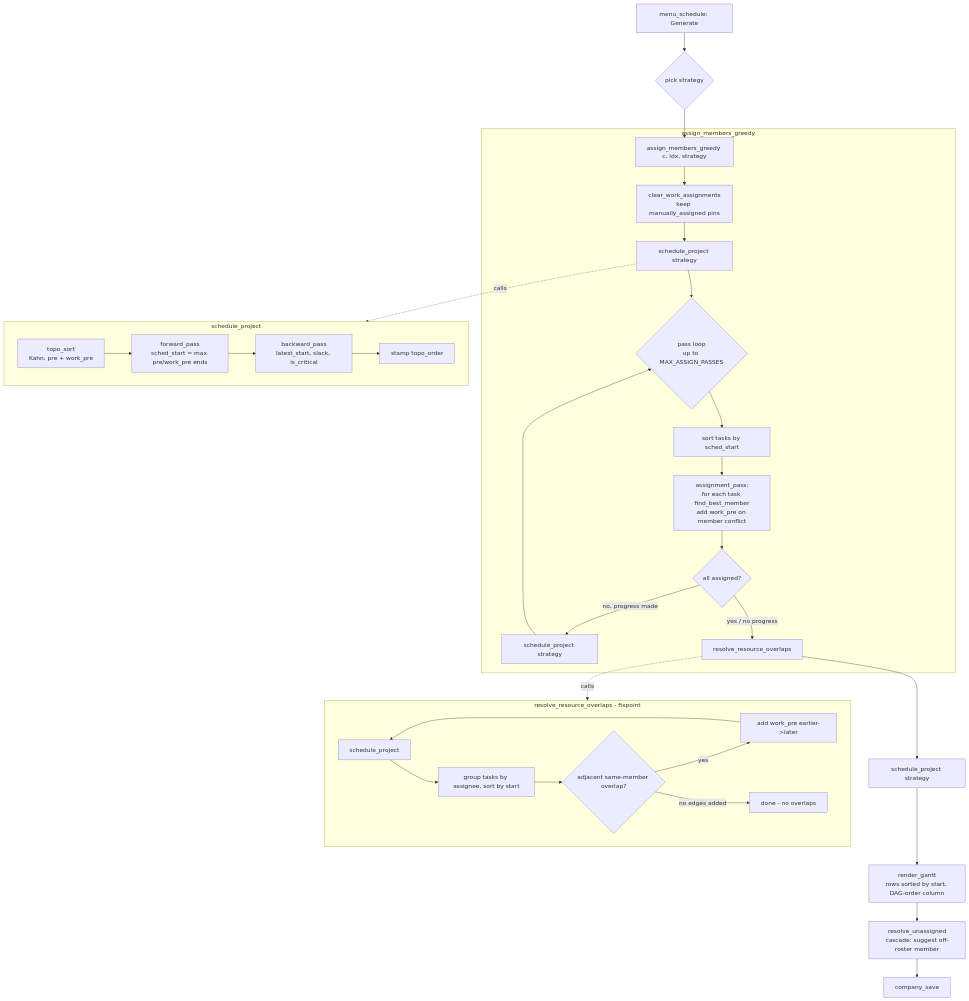
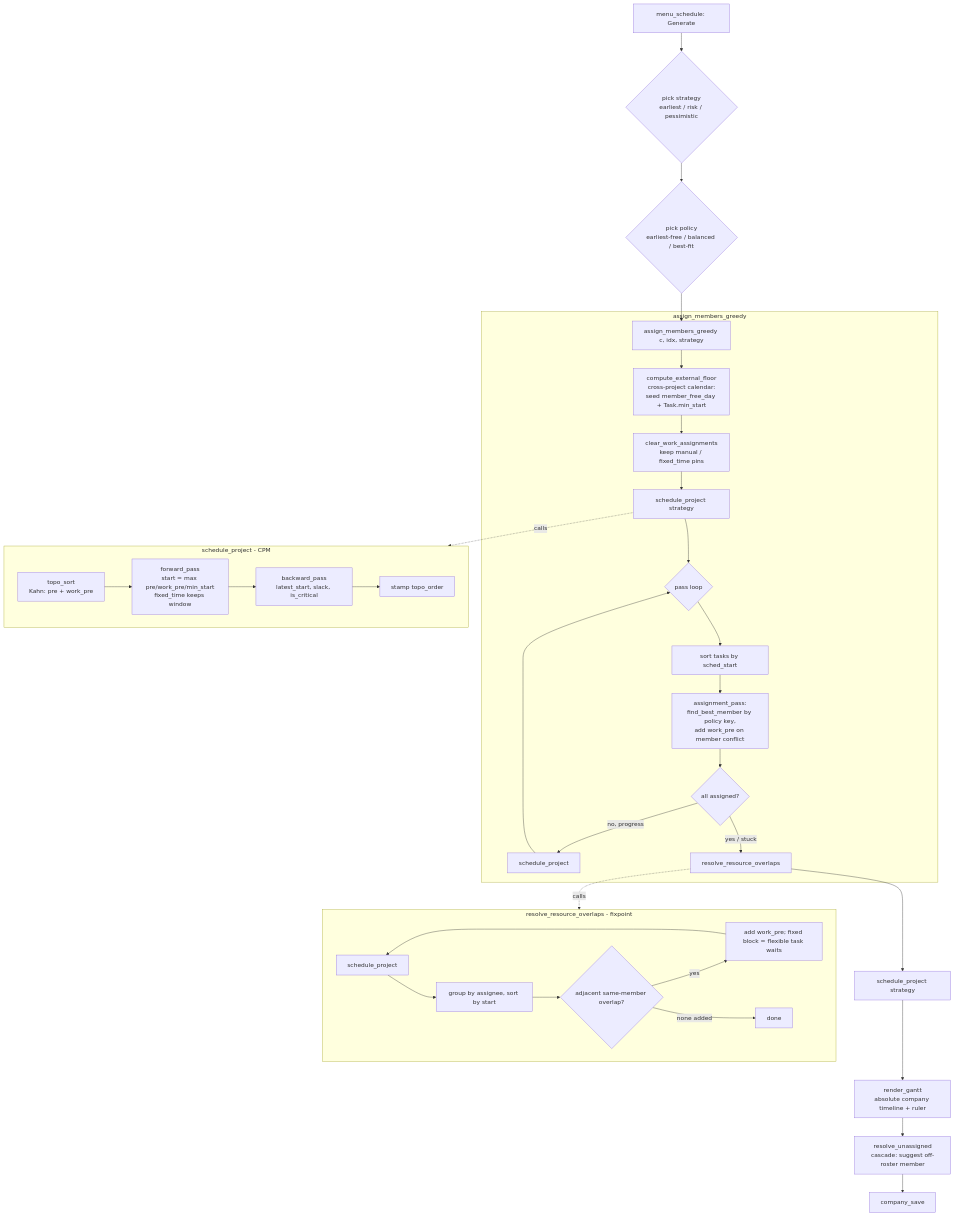
The third of 3 diagrams in diagrams.md (shabelson-picker/c-final-project), drawn with Mermaid before and after one commit. The commit also changed other lines of this file and 3 other files, not shown here.

First line of the commit message:
docs: refresh diagrams to current architecture + add overview/architecture/to-100 summaries

````diff
--- a/diagrams.md
+++ b/diagrams.md
@@ -160,36 +168,38 @@
 ```mermaid
 flowchart TD
-    A[menu_schedule: Generate] --> B{pick strategy}
-    B --> C[assign_members_greedy c, idx, strategy]
+    A[menu_schedule: Generate] --> B{pick strategy<br/>earliest / risk / pessimistic}
+    B --> PCY{pick policy<br/>earliest-free / balanced / best-fit}
+    PCY --> C[assign_members_greedy c, idx, strategy]
 
     subgraph ASSIGN [assign_members_greedy]
-        C --> C1[clear_work_assignments\nkeep manually_assigned pins]
+        C --> X0[compute_external_floor<br/>cross-project calendar:<br/>seed member_free_day + Task.min_start]
+        X0 --> C1[clear_work_assignments<br/>keep manual / fixed_time pins]
         C1 --> C2[schedule_project strategy]
-        C2 --> C3{pass loop\nup to MAX_ASSIGN_PASSES}
+        C2 --> C3{pass loop}
         C3 --> C4[sort tasks by sched_start]
-        C4 --> C5[assignment_pass:\nfor each task find_best_member\nadd work_pre on member conflict]
+        C4 --> C5[assignment_pass:<br/>find_best_member by policy key,<br/>add work_pre on member conflict]
         C5 --> C6{all assigned?}
-        C6 -->|no, progress made| C7[schedule_project strategy] --> C3
-        C6 -->|yes / no progress| C8[resolve_resource_overlaps]
+        C6 -->|no, progress| C7[schedule_project] --> C3
+        C6 -->|yes / stuck| C8[resolve_resource_overlaps]
     end
 
-    subgraph SP [schedule_project]
-        S1[topo_sort\nKahn, pre + work_pre] --> S2[forward_pass\nsched_start = max pre/work_pre ends]
-        S2 --> S3[backward_pass\nlatest_start, slack, is_critical]
+    subgraph SP [schedule_project - CPM]
+        S1[topo_sort<br/>Kahn: pre + work_pre] --> S2[forward_pass<br/>start = max pre/work_pre/min_start<br/>fixed_time keeps window]
+        S2 --> S3[backward_pass<br/>latest_start, slack, is_critical]
         S3 --> S4[stamp topo_order]
     end
     C2 -.calls.-> SP
 
     subgraph RES [resolve_resource_overlaps - fixpoint]
-        R1[schedule_project] --> R2[group tasks by assignee, sort by start]
+        R1[schedule_project] --> R2[group by assignee, sort by start]
         R2 --> R3{adjacent same-member overlap?}
-        R3 -->|yes| R4[add work_pre earlier->later] --> R1
-        R3 -->|no edges added| R5[done - no overlaps]
+        R3 -->|yes| R4[add work_pre; fixed block = flexible task waits] --> R1
+        R3 -->|none added| R5[done]
     end
     C8 -.calls.-> RES
 
     C8 --> D[schedule_project strategy]
-    D --> E[render_gantt\nrows sorted by start, DAG-order column]
-    E --> F[resolve_unassigned\ncascade: suggest off-roster member]
+    D --> E[render_gantt<br/>absolute company timeline + ruler]
+    E --> F[resolve_unassigned<br/>cascade: suggest off-roster member]
     F --> G[company_save]
 ```
````
